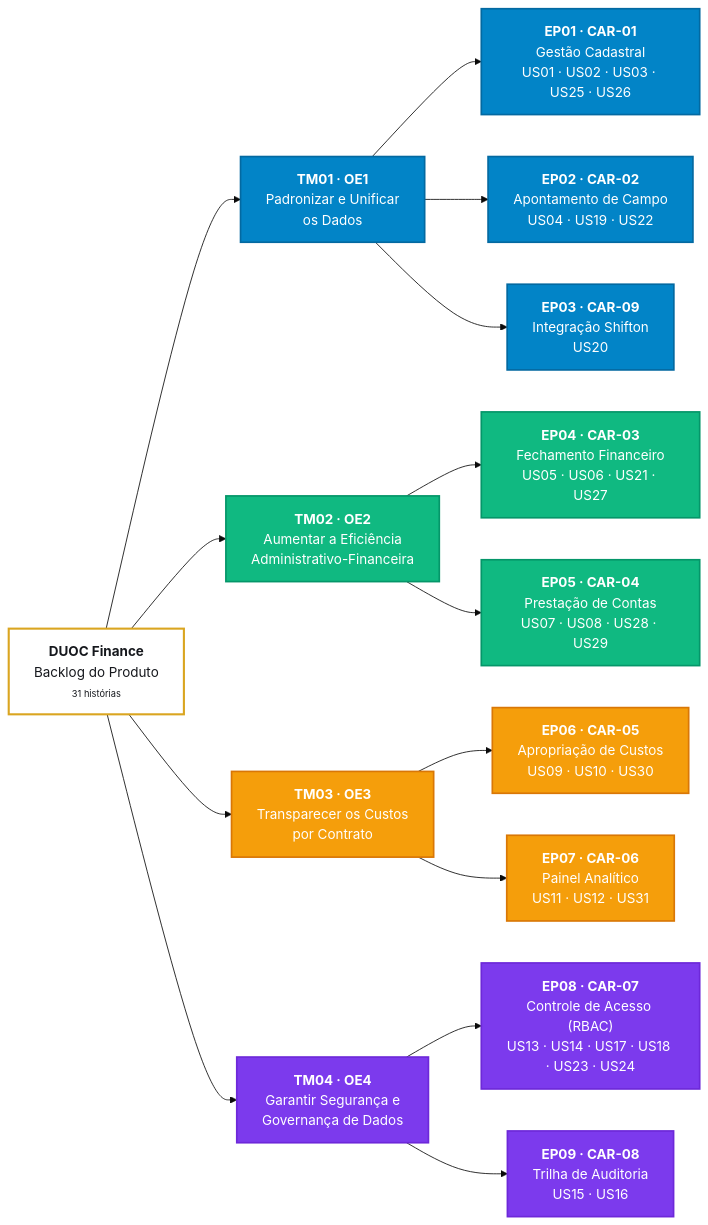
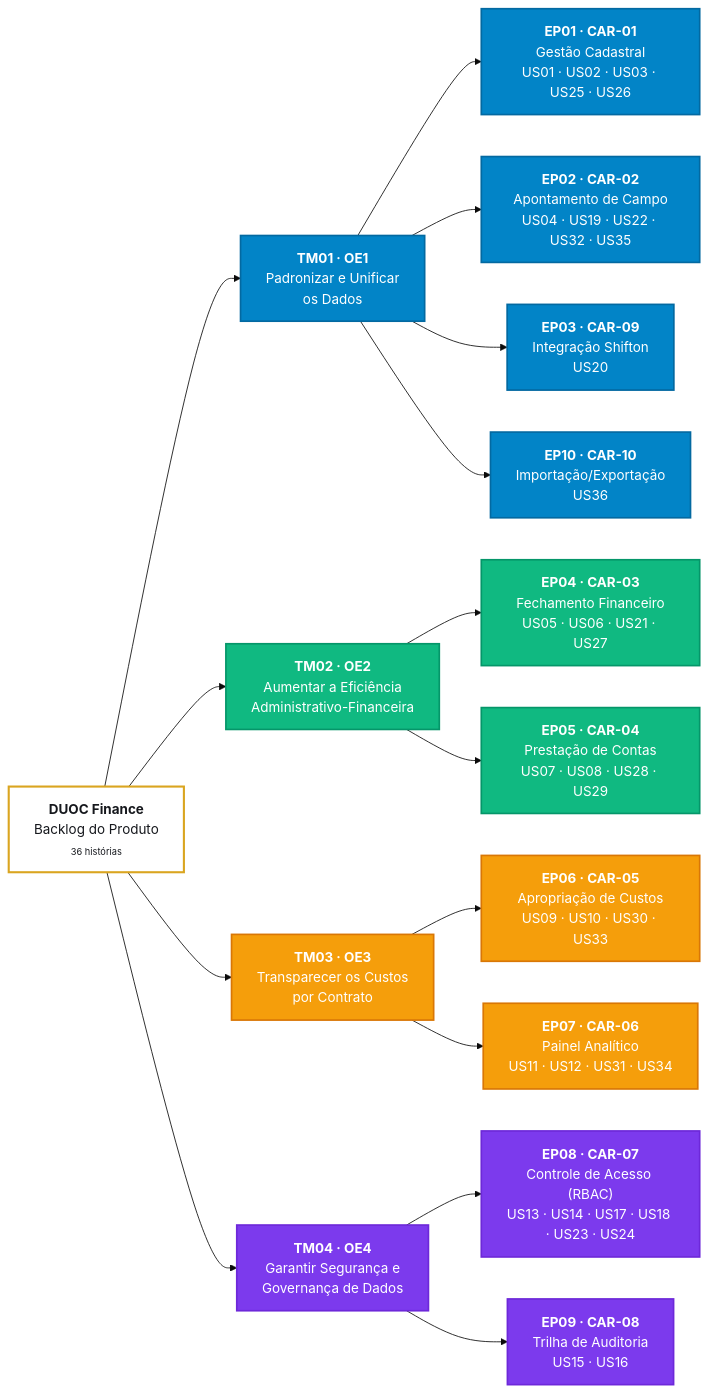
One commit to mdsreq-fga-unb/REQ-2026.2-T01-DUOC-Finance changed the first of 2 diagrams in docs/backlog/index.md. Above: the diagram before and after it, drawn with Mermaid (base theme). The commit also changed other lines of this file, not shown here.

First line of the commit message:
docs(backlog): incorpora RF32 a RF36 ao backlog (v2.5)

````diff
--- a/docs/backlog/index.md
+++ b/docs/backlog/index.md
@@ -17,37 +17,38 @@
 ```mermaid
 flowchart LR
-    PROD["<b style='color:#16181d;'>DUOC Finance</b><br><span style='color:#334155;'>Backlog do Produto</span><br><span style='color:#64748b; font-size:11px;'>31 histórias</span>"]
+    PROD["<b style='color:#16181d;'>DUOC Finance</b><br><span style='color:#334155;'>Backlog do Produto</span><br><span style='color:#64748b; font-size:11px;'>36 histórias</span>"]
 
     TM01["<b>TM01 · OE1</b><br>Padronizar e Unificar<br>os Dados"]
     TM02["<b>TM02 · OE2</b><br>Aumentar a Eficiência<br>Administrativo-Financeira"]
     TM03["<b>TM03 · OE3</b><br>Transparecer os Custos<br>por Contrato"]
     TM04["<b>TM04 · OE4</b><br>Garantir Segurança e<br>Governança de Dados"]
 
     EP01["<b>EP01 · CAR-01</b><br>Gestão Cadastral<br>US01 · US02 · US03 · US25 · US26"]
-    EP02["<b>EP02 · CAR-02</b><br>Apontamento de Campo<br>US04 · US19 · US22"]
+    EP02["<b>EP02 · CAR-02</b><br>Apontamento de Campo<br>US04 · US19 · US22 · US32 · US35"]
     EP03["<b>EP03 · CAR-09</b><br>Integração Shifton<br>US20"]
     EP04["<b>EP04 · CAR-03</b><br>Fechamento Financeiro<br>US05 · US06 · US21 · US27"]
     EP05["<b>EP05 · CAR-04</b><br>Prestação de Contas<br>US07 · US08 · US28 · US29"]
-    EP06["<b>EP06 · CAR-05</b><br>Apropriação de Custos<br>US09 · US10 · US30"]
-    EP07["<b>EP07 · CAR-06</b><br>Painel Analítico<br>US11 · US12 · US31"]
+    EP06["<b>EP06 · CAR-05</b><br>Apropriação de Custos<br>US09 · US10 · US30 · US33"]
+    EP07["<b>EP07 · CAR-06</b><br>Painel Analítico<br>US11 · US12 · US31 · US34"]
     EP08["<b>EP08 · CAR-07</b><br>Controle de Acesso (RBAC)<br>US13 · US14 · US17 · US18 · US23 · US24"]
     EP09["<b>EP09 · CAR-08</b><br>Trilha de Auditoria<br>US15 · US16"]
+    EP10["<b>EP10 · CAR-10</b><br>Importação/Exportação<br>US36"]
 
     PROD --> TM01 & TM02 & TM03 & TM04
-    TM01 --> EP01 & EP02 & EP03
+    TM01 --> EP01 & EP02 & EP03 & EP10
     TM02 --> EP04 & EP05
     TM03 --> EP06 & EP07
     TM04 --> EP08 & EP09
 
     classDef prodClass fill:#ffffff,stroke:#DAA520,stroke-width:2.5px,color:#16181d;
     classDef oe1Class fill:#0284c7,stroke:#0369a1,stroke-width:2px,color:#ffffff;
     classDef oe2Class fill:#10b981,stroke:#059669,stroke-width:2px,color:#ffffff;
     classDef oe3Class fill:#f59e0b,stroke:#d97706,stroke-width:2px,color:#ffffff;
     classDef oe4Class fill:#7c3aed,stroke:#6d28d9,stroke-width:2px,color:#ffffff;
 
     class PROD prodClass;
-    class TM01,EP01,EP02,EP03 oe1Class;
+    class TM01,EP01,EP02,EP03,EP10 oe1Class;
     class TM02,EP04,EP05 oe2Class;
     class TM03,EP06,EP07 oe3Class;
     class TM04,EP08,EP09 oe4Class;
 ```
````
